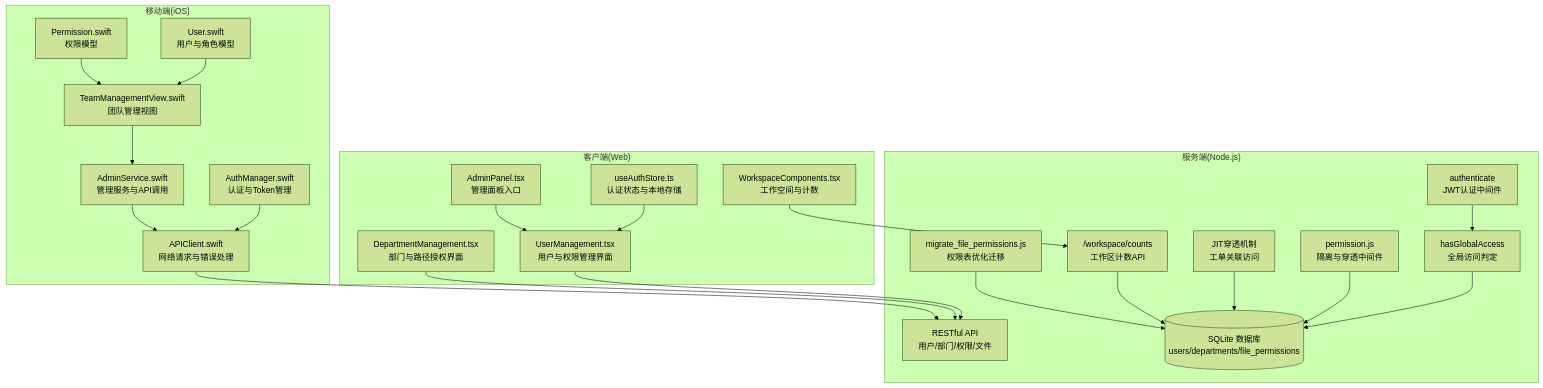
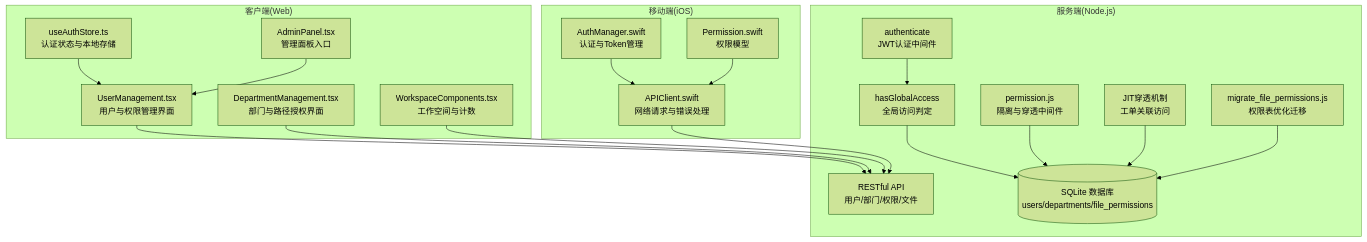
Before and after one commit to CubeEdge/Longhorn: the first of 5 diagrams in .qoder/repowiki/zh/content/权限管理系统/权限管理系统.md, drawn with Mermaid (forest theme). The commit also changed other lines of this file and 53 other files, not shown here.

````diff
--- a/.qoder/repowiki/zh/content/权限管理系统/权限管理系统.md
+++ b/.qoder/repowiki/zh/content/权限管理系统/权限管理系统.md
@@ -56,45 +53,37 @@
 ```mermaid
 graph TB
 subgraph "客户端(Web)"
 WebAuth["useAuthStore.ts<br/>认证状态与本地存储"]
 WebUI["UserManagement.tsx<br/>用户与权限管理界面"]
 DeptUI["DepartmentManagement.tsx<br/>部门与路径授权界面"]
 AdminPanel["AdminPanel.tsx<br/>管理面板入口"]
 Workspace["WorkspaceComponents.tsx<br/>工作空间与计数"]
 end
 subgraph "移动端(iOS)"
 IOSAuth["AuthManager.swift<br/>认证与Token管理"]
 APIClient["APIClient.swift<br/>网络请求与错误处理"]
-UserModel["User.swift<br/>用户与角色模型"]
 PermModel["Permission.swift<br/>权限模型"]
-AdminSvc["AdminService.swift<br/>管理服务与API调用"]
-TeamView["TeamManagementView.swift<br/>团队管理视图"]
 end
 subgraph "服务端(Node.js)"
 AuthMW["authenticate<br/>JWT认证中间件"]
 PermEngine["hasGlobalAccess<br/>全局访问判定"]
 PermMiddleware["permission.js<br/>隔离与穿透中间件"]
 JIT["JIT穿透机制<br/>工单关联访问"]
-WorkspaceAPI["/workspace/counts<br/>工作区计数API"]
 FilePermMigration["migrate_file_permissions.js<br/>权限表优化迁移"]
 APIs["RESTful API<br/>用户/部门/权限/文件"]
 DB[("SQLite 数据库<br/>users/departments/file_permissions")]
 end
 WebAuth --> WebUI
 WebUI --> APIs
 DeptUI --> APIs
 AdminPanel --> WebUI
-Workspace --> WorkspaceAPI
+Workspace --> APIs
 IOSAuth --> APIClient
 APIClient --> APIs
-UserModel --> TeamView
-PermModel --> TeamView
-AdminSvc --> APIClient
-TeamView --> AdminSvc
+PermModel --> APIClient
 AuthMW --> PermEngine
 PermEngine --> DB
 PermMiddleware --> DB
 JIT --> DB
-WorkspaceAPI --> DB
 FilePermMigration --> DB
 ```
````
